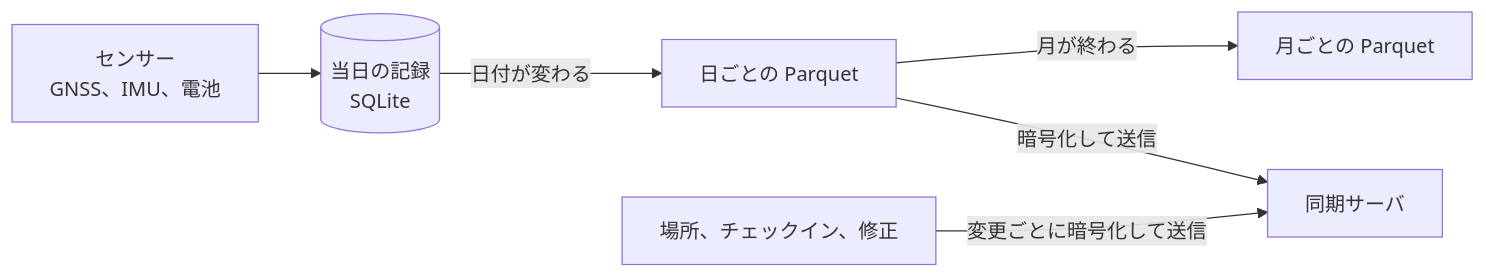
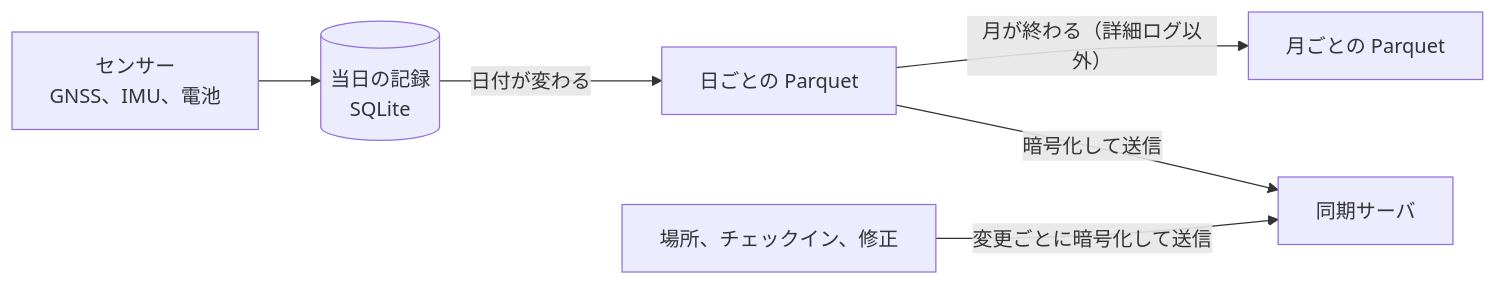
Before and after one commit to sksat/ashidori: the diagram in docs/recording.md, drawn with Mermaid. The commit also changed other lines of this file and 36 other files, not shown here.

````diff
--- a/docs/recording.md
+++ b/docs/recording.md
@@ -28,8 +29,8 @@
 ```mermaid
 flowchart LR
   S["センサー<br/>GNSS、IMU、電池"] --> Q[("当日の記録<br/>SQLite")]
   Q -->|"日付が変わる"| D["日ごとの Parquet"]
-  D -->|"月が終わる"| M["月ごとの Parquet"]
+  D -->|"月が終わる（詳細ログ以外）"| M["月ごとの Parquet"]
   D -->|"暗号化して送信"| U["同期サーバ"]
   E["場所、チェックイン、修正"] -->|"変更ごとに暗号化して送信"| U
 ```
````
